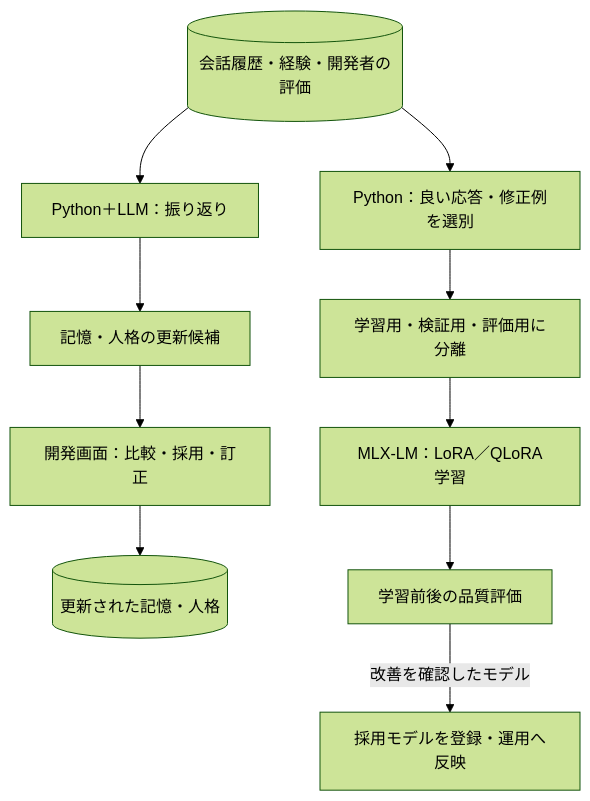
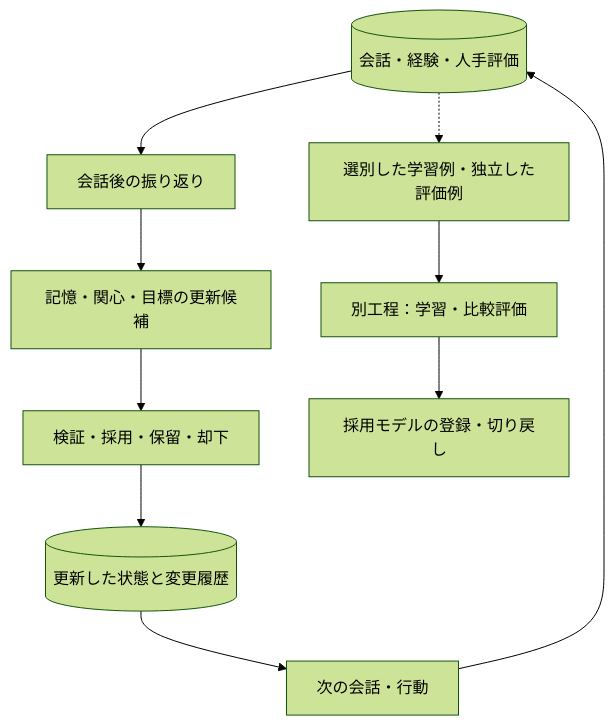
One commit to shiki-tak/YUI changed the second of 2 diagrams in docs/design/ai_vtuber_architecture.md. Above: the diagram before and after it, drawn with Mermaid (forest theme). The commit also changed other lines of this file and 6 other files, not shown here.

````diff
--- a/docs/design/ai_vtuber_architecture.md
+++ b/docs/design/ai_vtuber_architecture.md
@@ -124,24 +301,12 @@
 ```mermaid
 flowchart TD
-    LOG[("会話履歴・経験・開発者の評価")]
-    REFLECT["Python＋LLM：振り返り"]
-    CANDIDATE["記憶・人格の更新候補"]
-    REVIEW["開発画面：比較・採用・訂正"]
-    MEMORY[("更新された記憶・人格")]
-
-    DATA["Python：良い応答・修正例を選別"]
-    SPLIT["学習用・検証用・評価用に分離"]
-    TRAIN["MLX-LM：LoRA／QLoRA学習"]
-    EVAL["学習前後の品質評価"]
-    DEPLOY["採用モデルを登録・運用へ反映"]
-
-    LOG --> REFLECT
-    REFLECT --> CANDIDATE
-    CANDIDATE --> REVIEW
-    REVIEW --> MEMORY
-    LOG --> DATA
-    DATA --> SPLIT
-    SPLIT --> TRAIN
-    TRAIN --> EVAL
-    EVAL -->|改善を確認したモデル| DEPLOY
+    EXP[("会話・経験・人手評価")] --> REF["会話後の振り返り"]
+    REF --> CAND["記憶・関心・目標の更新候補"]
+    CAND --> REVIEW["検証・採用・保留・却下"]
+    REVIEW --> STATE[("更新した状態と変更履歴")]
+    STATE --> ACTION["次の会話・行動"]
+    ACTION --> EXP
+    EXP -.-> DATA["選別した学習例・独立した評価例"]
+    DATA --> TRAIN["別工程：学習・比較評価"]
+    TRAIN --> MODEL["採用モデルの登録・切り戻し"]
 ```
````
